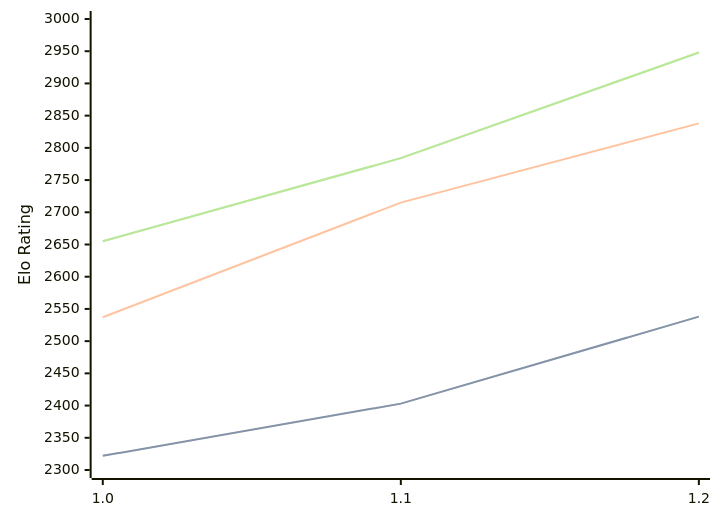
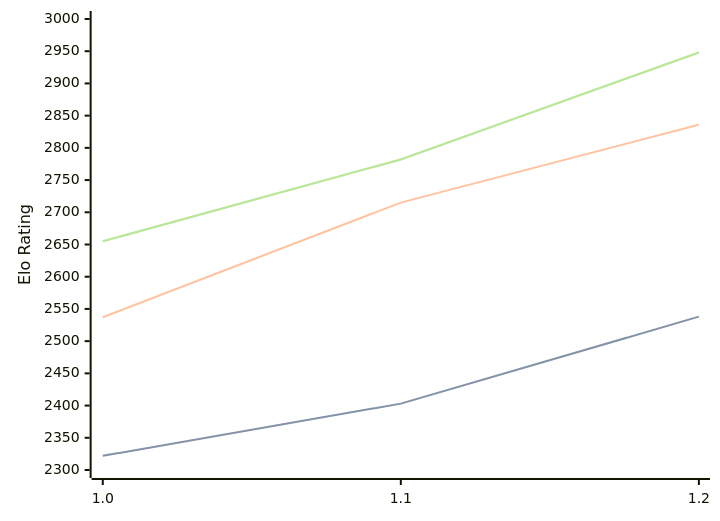
One commit to computer-chess-index/cci changed the diagram in engines/FoxChess.md. Above: the diagram before and after it, drawn with Mermaid. The commit also changed other lines of this file, not shown here.

Commit message:
Update CCI Ratings (ELO VLTC) - 2026-09-30

````diff
--- a/engines/FoxChess.md
+++ b/engines/FoxChess.md
@@ -33,11 +33,11 @@
 ```mermaid
 %%{init: {"theme":"base","themeVariables":{"seriesColors:['#a3a3a3','#222221','#faa371']}}}%%
 xychart-beta
   x-axis ["1.0", "1.1", "1.2"]
   y-axis "Elo Rating" 2300 --> 3000
   line "" [2322, 2403, 2538]
   line "STC (8.0+0.08s)" [2322, 2403, 2538]
-  line "LTC (60.0+0.60s)" [2537, 2715, 2838]
-  line "" [2655, 2784, 2948]
-  line "VLTC (2m24s+1.12s)" [2655, 2784, 2948]
+  line "LTC (60.0+0.60s)" [2537, 2715, 2836]
+  line "" [2655, 2782, 2948]
+  line "VLTC (2m24s+1.12s)" [2655, 2782, 2948]
 ```
````
